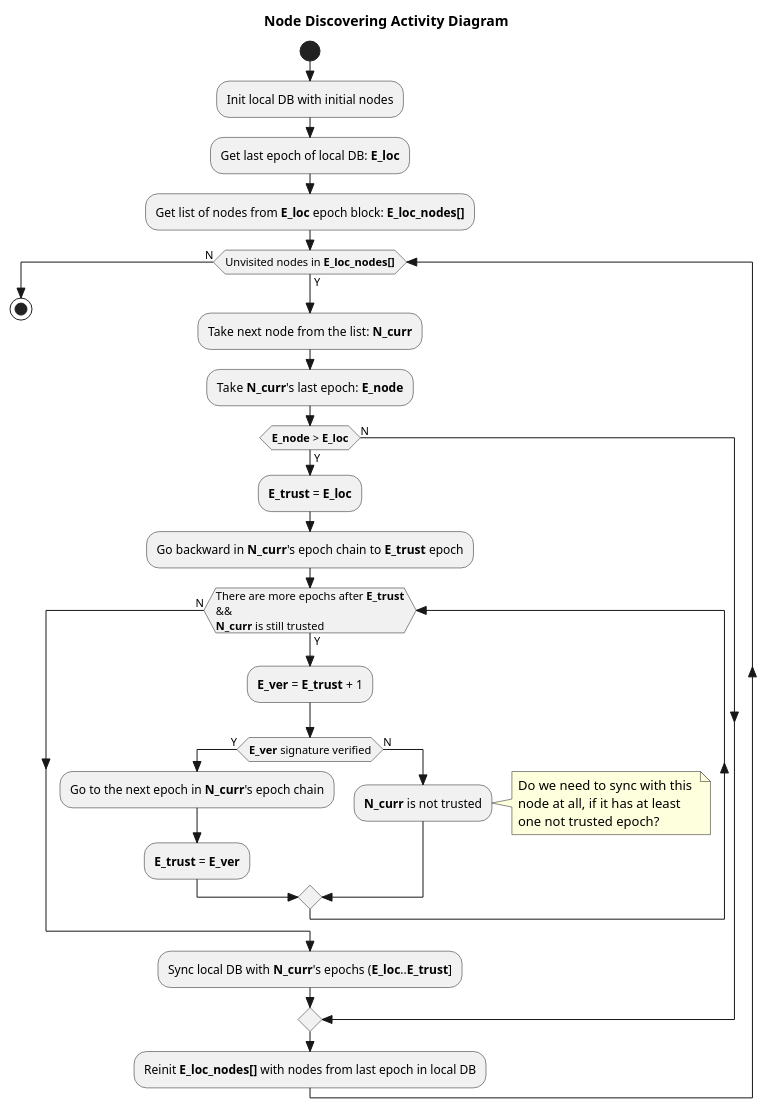
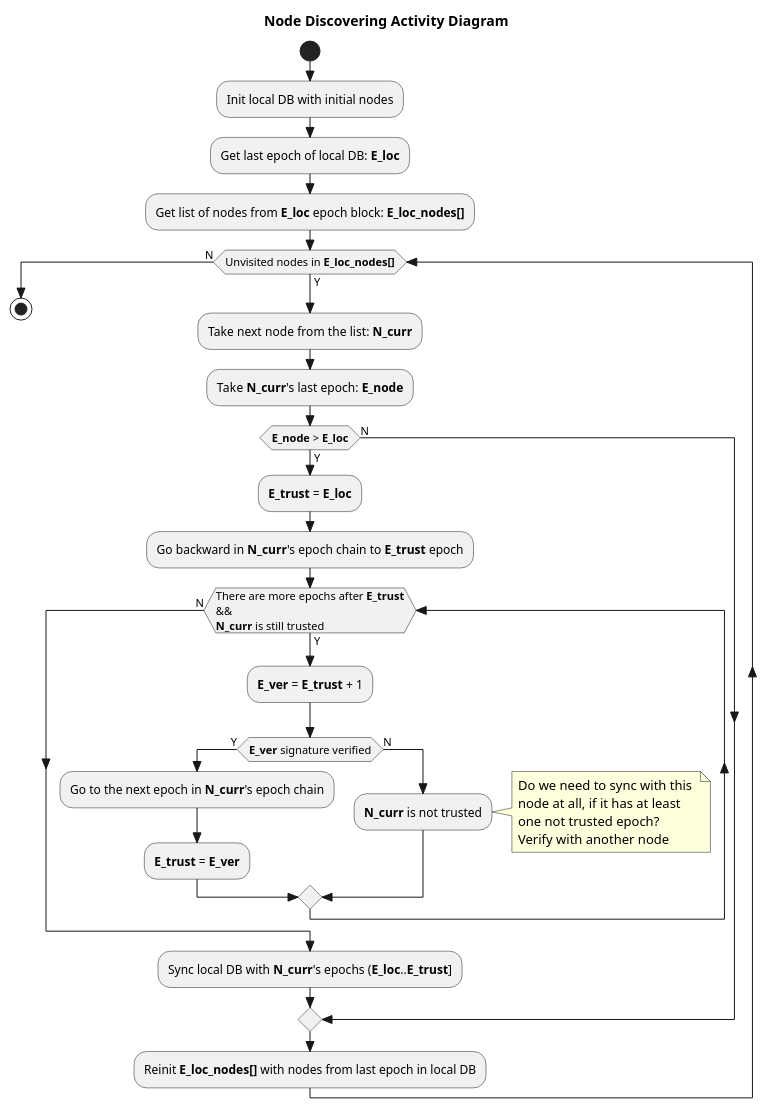
Before and after one commit to tagion/tagion: the diagram in src/lib-funnel/tagion/uml/NodeDiscoveringActivityDiagram.wsd, drawn with PlantUML. The commit also changed 1 other file, not shown here.

Commit message:
add NodeDiscoveringSequenceDiagram

```diff
--- a/src/lib-funnel/tagion/uml/NodeDiscoveringActivityDiagram.wsd
+++ b/src/lib-funnel/tagion/uml/NodeDiscoveringActivityDiagram.wsd
@@ -1,45 +1,46 @@
 @startuml Node Discovering Activity
 
 skinparam Style strictuml
 skinparam SequenceMessageAlign center
 title Node Discovering Activity Diagram
 
 start
 
 :Init local DB with initial nodes;
 :Get last epoch of local DB: **E_loc**;
 :Get list of nodes from **E_loc** epoch block: **E_loc_nodes[]**;
 
 while (Unvisited nodes in **E_loc_nodes[]**) is (Y)
     :Take next node from the list: **N_curr**;
     :Take **N_curr**'s last epoch: **E_node**;
 
     if (**E_node** > **E_loc**) then (Y)
         :**E_trust** = **E_loc**;
         :Go backward in **N_curr**'s epoch chain to **E_trust** epoch;
         while (There are more epochs after **E_trust**\n&&\n**N_curr** is still trusted) is (Y)
             :**E_ver** = **E_trust** + 1;
             if (**E_ver** signature verified) then (Y)
                 :Go to the next epoch in **N_curr**'s epoch chain;
                 :**E_trust** = **E_ver**;
             else (N)
                 :**N_curr** is not trusted;
                 note right
                     Do we need to sync with this 
                     node at all, if it has at least 
                     one not trusted epoch?
+                    Verify with another node
                 end note
             endif
         endwhile (N)
             :Sync local DB with **N_curr**'s epochs (**E_loc**..**E_trust**];
     else (N)
     endif
 
     :Reinit **E_loc_nodes[]** with nodes from last epoch in local DB;
 
 endwhile (N)
     stop
 
 stop
 
 @enduml
```
